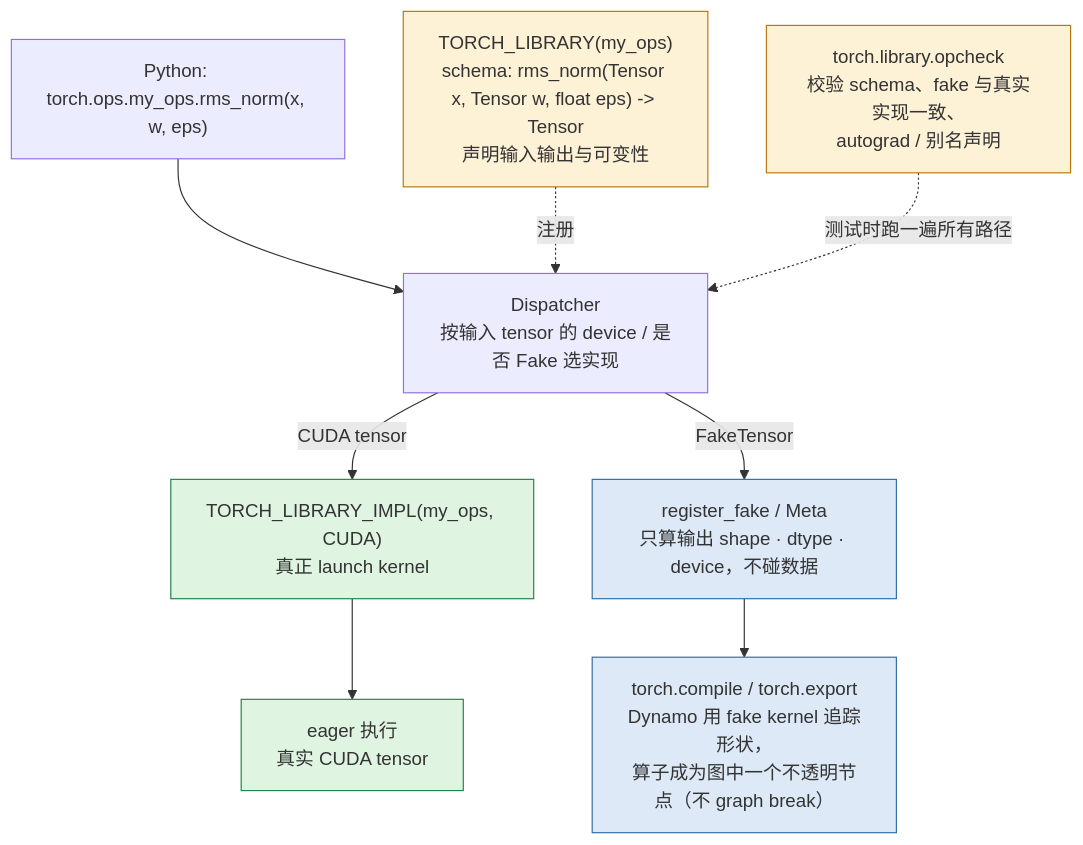
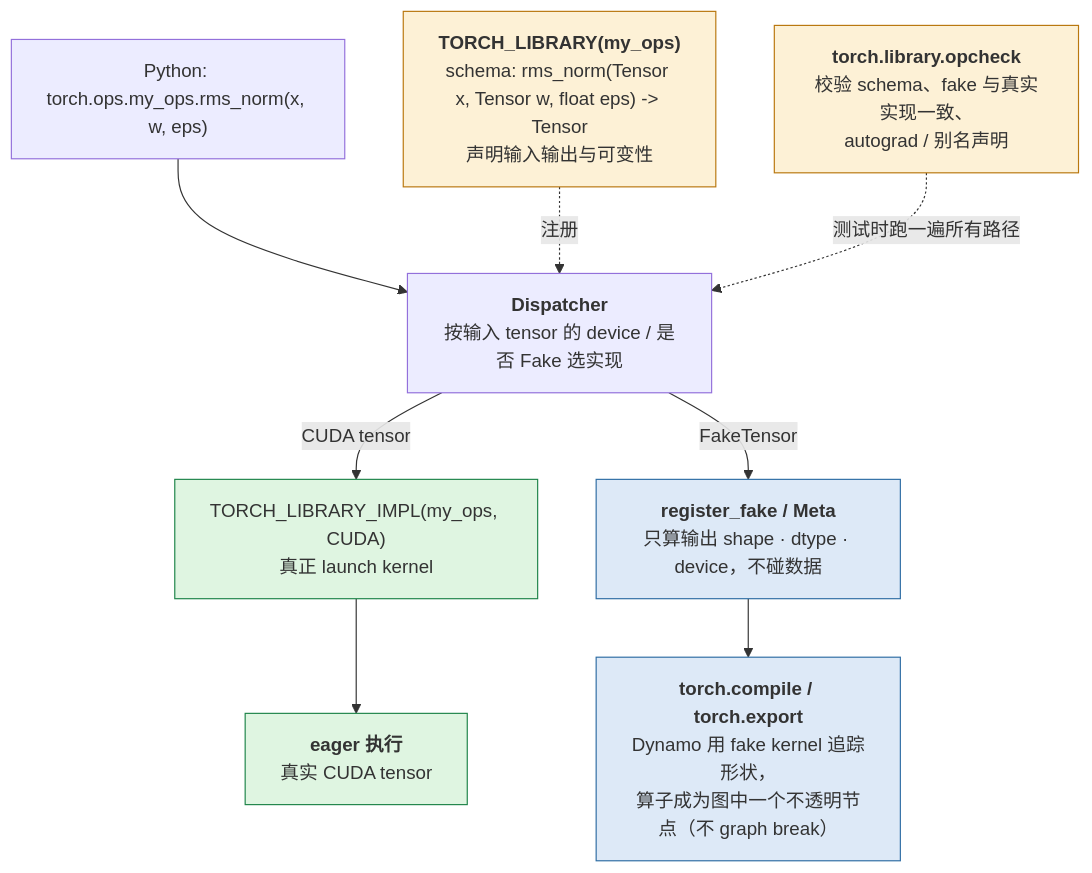
One commit to arganzheng/arganzheng.github.com changed the fourth of 5 diagrams in _posts/2026-05-20-kernel-profiling-testing-and-contribution.md. Above: the diagram before and after it, drawn with Mermaid. The commit also changed other lines of this file and 10 other files, not shown here.

First line of the commit message:
GPU Kernel 工程：从 CUDA 执行模型到 FlashAttention：Mermaid 多行方框的首行标为标题（11 篇）

````diff
--- a/_posts/2026-05-20-kernel-profiling-testing-and-contribution.md
+++ b/_posts/2026-05-20-kernel-profiling-testing-and-contribution.md
@@ -865,25 +865,25 @@
 ```mermaid
 %% 图：为什么要注册成算子：schema、CUDA 实现与 fake kernel 各就各位，eager 与 torch.compile 走不同路径都不 graph break
 flowchart TB
     py["Python: torch.ops.my_ops.rms_norm(x, w, eps)"]
-    disp["Dispatcher<br/>按输入 tensor 的 device / 是否 Fake 选实现"]
-    schema["TORCH_LIBRARY(my_ops)<br/>schema: rms_norm(Tensor x, Tensor w, float eps) -> Tensor<br/>声明输入输出与可变性"]
+    disp["<b>Dispatcher</b><br/>按输入 tensor 的 device / 是否 Fake 选实现"]
+    schema["<b>TORCH_LIBRARY(my_ops)</b><br/>schema: rms_norm(Tensor x, Tensor w, float eps) -> Tensor<br/>声明输入输出与可变性"]
     cuda["TORCH_LIBRARY_IMPL(my_ops, CUDA)<br/>真正 launch kernel"]
-    fake["register_fake / Meta<br/>只算输出 shape · dtype · device，不碰数据"]
-    eager["eager 执行<br/>真实 CUDA tensor"]
-    compile["torch.compile / torch.export<br/>Dynamo 用 fake kernel 追踪形状，<br/>算子成为图中一个不透明节点（不 graph break）"]
-    check["torch.library.opcheck<br/>校验 schema、fake 与真实实现一致、<br/>autograd / 别名声明"]
+    fake["<b>register_fake / Meta</b><br/>只算输出 shape · dtype · device，不碰数据"]
+    eager["<b>eager 执行</b><br/>真实 CUDA tensor"]
+    compile["<b>torch.compile / torch.export</b><br/>Dynamo 用 fake kernel 追踪形状，<br/>算子成为图中一个不透明节点（不 graph break）"]
+    check["<b>torch.library.opcheck</b><br/>校验 schema、fake 与真实实现一致、<br/>autograd / 别名声明"]
 
     py --> disp
     schema -. "注册" .-> disp
     disp -- "CUDA tensor" --> cuda --> eager
     disp -- "FakeTensor" --> fake --> compile
     check -. "测试时跑一遍所有路径" .-> disp
 
     classDef c fill:#dff5e1,stroke:#1e8449
     classDef f fill:#dde9f7,stroke:#2e6da4
     classDef s fill:#fdf1d6,stroke:#b9770e
     class cuda,eager c
     class fake,compile f
     class schema,check s
 ```
````
